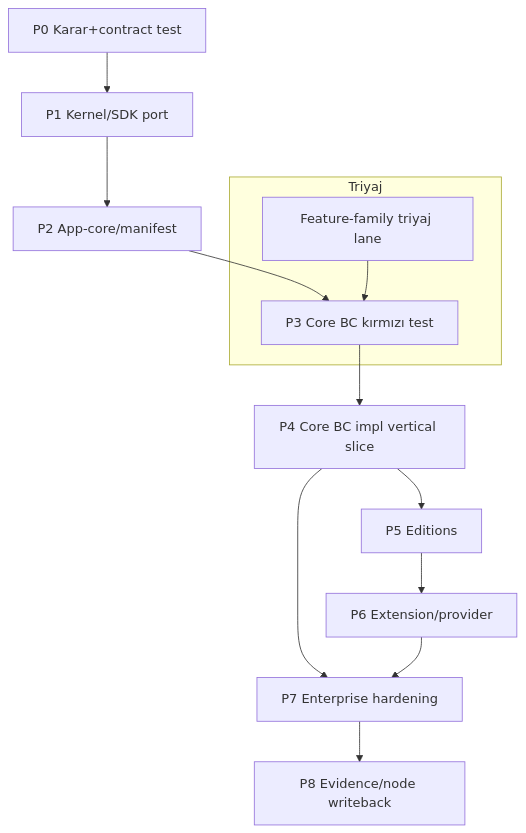
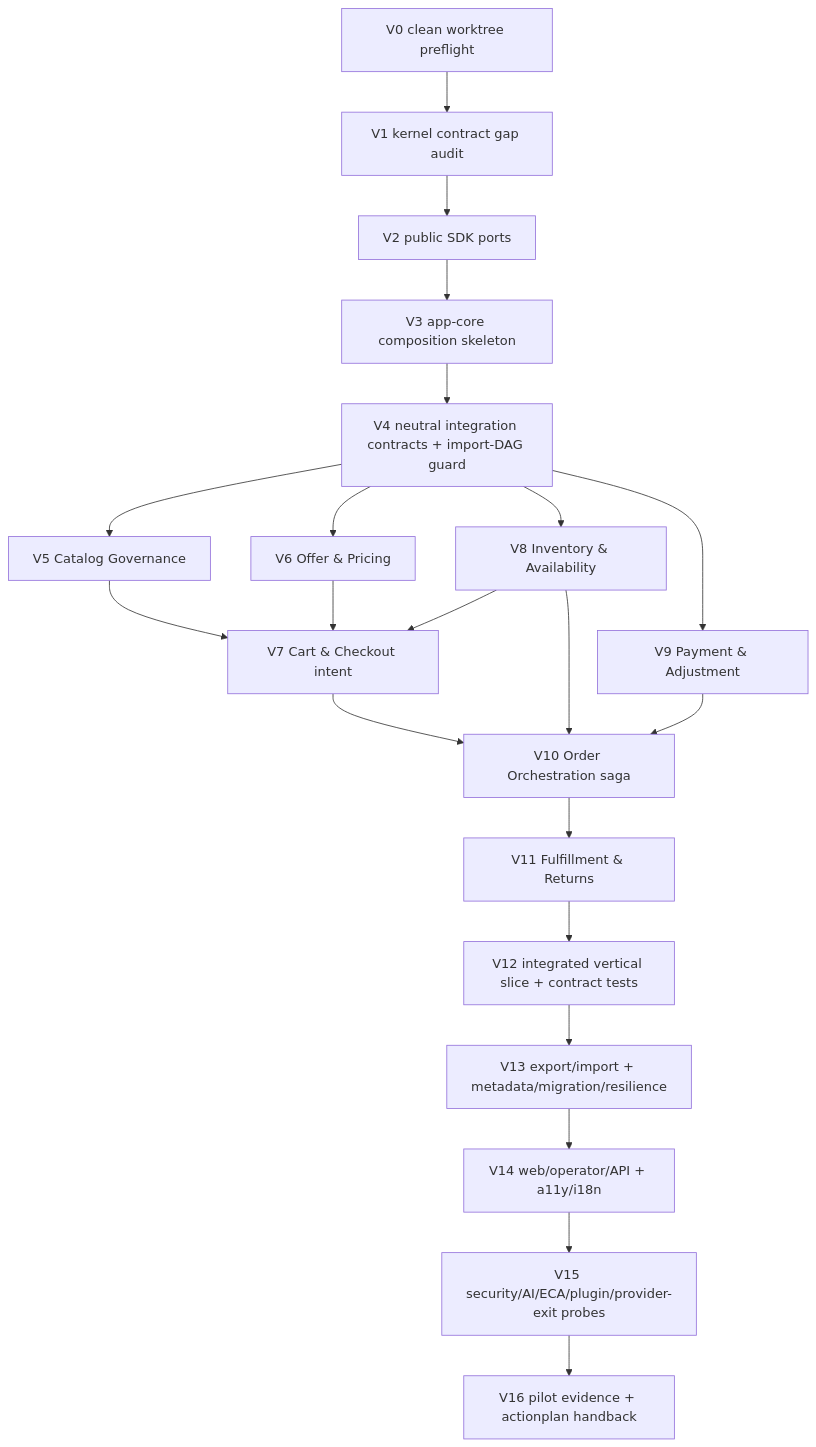
The diagram in docs/commerce-os-test-first-parallel-handoff.md (karacaismail/actionplan), drawn with Mermaid before and after one commit. The commit also changed other lines of this file and 35 other files, not shown here.

````diff
--- a/docs/commerce-os-test-first-parallel-handoff.md
+++ b/docs/commerce-os-test-first-parallel-handoff.md
@@ -114,15 +55,23 @@
 ```mermaid
 flowchart TD
-  P0[P0 Karar+contract test] --> P1[P1 Kernel/SDK port]
-  P1 --> P2[P2 App-core/manifest]
-  P2 --> P3[P3 Core BC kırmızı test]
-  P3 --> P4[P4 Core BC impl vertical slice]
-  P4 --> P5[P5 Editions]
-  P5 --> P6[P6 Extension/provider]
-  P4 --> P7[P7 Enterprise hardening]
-  P6 --> P7
-  P7 --> P8[P8 Evidence/node writeback]
-  subgraph Triyaj
-    TR[Feature-family triyaj lane] --> P3
-  end
+  V0[V0 clean worktree preflight] --> V1[V1 kernel contract gap audit]
+  V1 --> V2[V2 public SDK ports]
+  V2 --> V3[V3 app-core composition skeleton]
+  V3 --> V4[V4 neutral integration contracts + import-DAG guard]
+  V4 --> V5[V5 Catalog Governance]
+  V4 --> V6[V6 Offer & Pricing]
+  V4 --> V8[V8 Inventory & Availability]
+  V4 --> V9[V9 Payment & Adjustment]
+  V5 --> V7[V7 Cart & Checkout intent]
+  V6 --> V7
+  V8 --> V7
+  V7 --> V10[V10 Order Orchestration saga]
+  V8 --> V10
+  V9 --> V10
+  V10 --> V11[V11 Fulfillment & Returns]
+  V11 --> V12[V12 integrated vertical slice + contract tests]
+  V12 --> V13[V13 export/import + metadata/migration/resilience]
+  V13 --> V14[V14 web/operator/API + a11y/i18n]
+  V14 --> V15[V15 security/AI/ECA/plugin/provider-exit probes]
+  V15 --> V16[V16 pilot evidence + actionplan handback]
 ```
````
